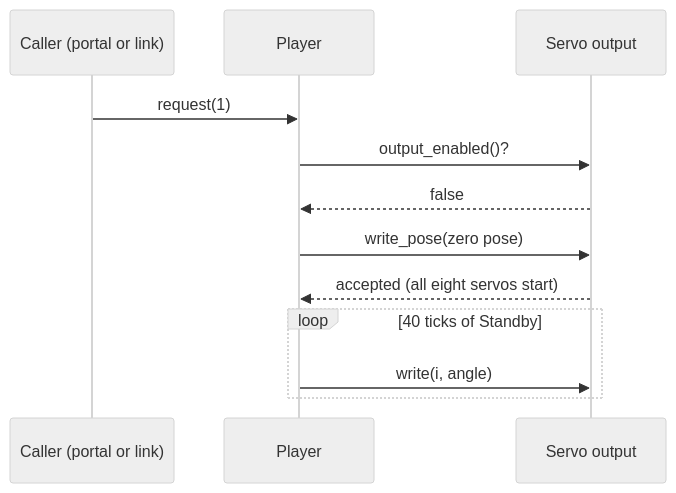
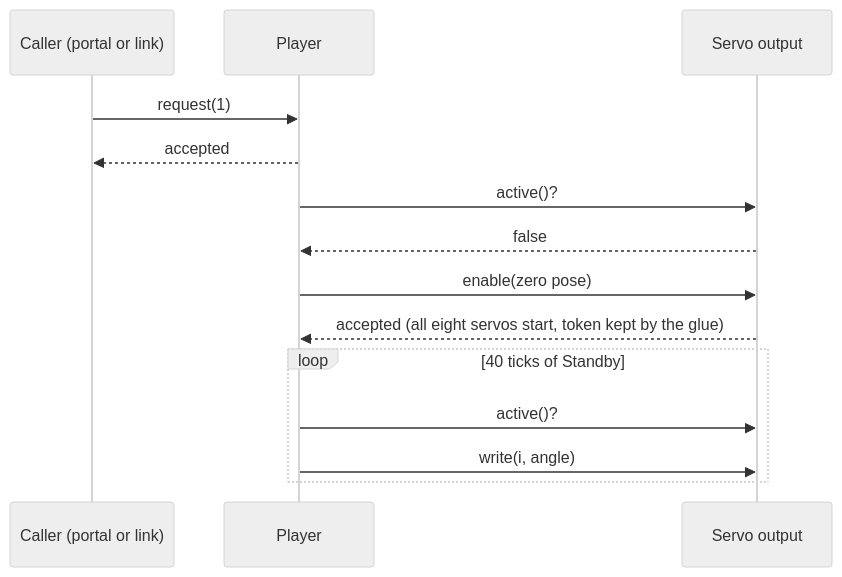
The second of 2 diagrams in openspec/changes/motion-playback/design.md (blackfyre/mini-spooder), drawn with Mermaid (neutral theme) before and after one commit. The commit also changed other lines of this file and 3 other files, not shown here.

````diff
--- a/openspec/changes/motion-playback/design.md
+++ b/openspec/changes/motion-playback/design.md
@@ -136,14 +140,16 @@
 ```mermaid
 sequenceDiagram
     participant C as Caller (portal or link)
     participant P as Player
     participant S as Servo output
     C->>P: request(1)
-    P->>S: output_enabled()?
+    P-->>C: accepted
+    P->>S: active()?
     S-->>P: false
-    P->>S: write_pose(zero pose)
-    S-->>P: accepted (all eight servos start)
+    P->>S: enable(zero pose)
+    S-->>P: accepted (all eight servos start, token kept by the glue)
     loop 40 ticks of Standby
+        P->>S: active()?
         P->>S: write(i, angle)
     end
 ```
````
